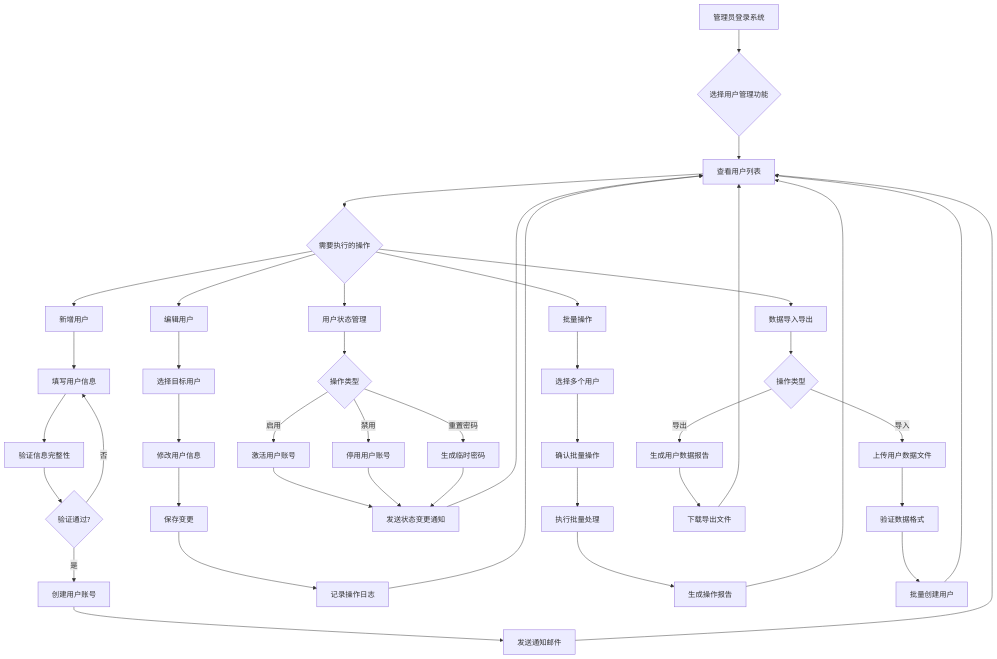
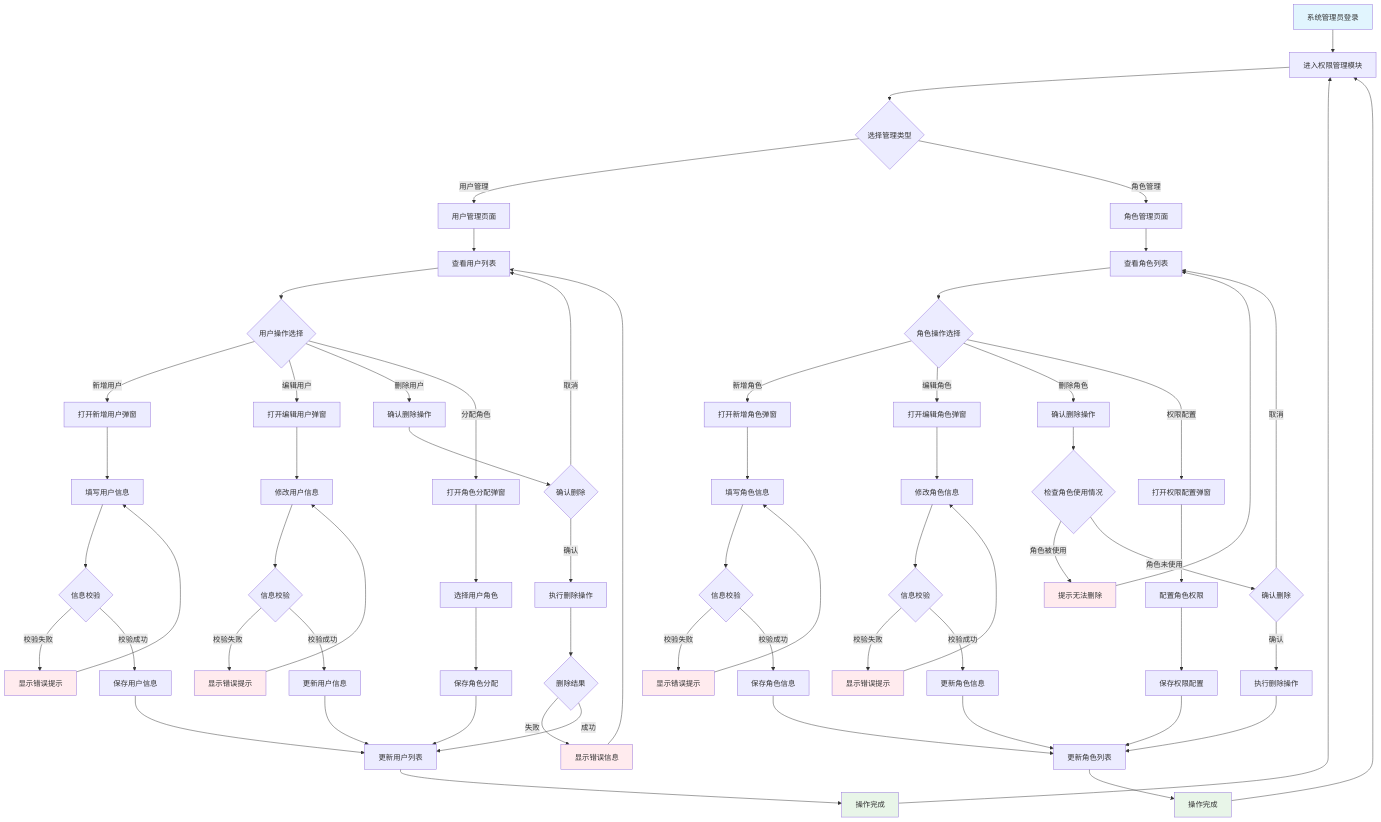
The diagram in 1_ProductDesign产品设计规范.md (tiantianmanmanzou/0_ProductDesignKit), drawn with Mermaid before and after one commit. The commit also changed other lines of this file and 1 other file, not shown here.

````diff
--- a/1_ProductDesign产品设计规范.md
+++ b/1_ProductDesign产品设计规范.md
@@ -528,49 +594,83 @@
 ```mermaid
 graph TD
-    A[管理员登录系统] --> B{选择用户管理功能}
-    B --> C[查看用户列表]
-    C --> D{需要执行的操作}
+    A[系统管理员登录] --> B[进入权限管理模块]
+    B --> C{选择管理类型}
   
-    D --> E[新增用户]
-    E --> E1[填写用户信息]
-    E1 --> E2[验证信息完整性]
-    E2 --> E3{验证通过?}
-    E3 -->|是| E4[创建用户账号]
-    E3 -->|否| E1
-    E4 --> E5[发送通知邮件]
-    E5 --> C
+    C -->|用户管理| D[用户管理页面]
+    C -->|角色管理| E[角色管理页面]
   
-    D --> F[编辑用户]
-    F --> F1[选择目标用户]
-    F1 --> F2[修改用户信息]
-    F2 --> F3[保存变更]
-    F3 --> F4[记录操作日志]
-    F4 --> C
+    D --> D1[查看用户列表]
+    D1 --> D2{用户操作选择}
+    D2 -->|新增用户| D3[打开新增用户弹窗]
+    D2 -->|编辑用户| D4[打开编辑用户弹窗]
+    D2 -->|删除用户| D5[确认删除操作]
+    D2 -->|分配角色| D6[打开角色分配弹窗]
   
-    D --> G[用户状态管理]
-    G --> G1{操作类型}
-    G1 -->|启用| G2[激活用户账号]
-    G1 -->|禁用| G3[停用用户账号]
-    G1 -->|重置密码| G4[生成临时密码]
-    G2 --> G5[发送状态变更通知]
-    G3 --> G5
-    G4 --> G5
-    G5 --> C
+    D3 --> D7[填写用户信息]
+    D7 --> D8{信息校验}
+    D8 -->|校验失败| D9[显示错误提示] --> D7
+    D8 -->|校验成功| D10[保存用户信息]
+    D10 --> D11[更新用户列表]
   
-    D --> H[批量操作]
-    H --> H1[选择多个用户]
-    H1 --> H2[确认批量操作]
-    H2 --> H3[执行批量处理]
-    H3 --> H4[生成操作报告]
-    H4 --> C
+    D4 --> D12[修改用户信息]
+    D12 --> D13{信息校验}
+    D13 -->|校验失败| D14[显示错误提示] --> D12
+    D13 -->|校验成功| D15[更新用户信息]
+    D15 --> D11
   
-    D --> I[数据导入导出]
-    I --> I1{操作类型}
-    I1 -->|导入| I2[上传用户数据文件]
-    I1 -->|导出| I3[生成用户数据报告]
-    I2 --> I4[验证数据格式]
-    I4 --> I5[批量创建用户]
-    I5 --> C
-    I3 --> I6[下载导出文件]
-    I6 --> C
+    D5 --> D16{确认删除}
+    D16 -->|取消| D1
+    D16 -->|确认| D17[执行删除操作]
+    D17 --> D18{删除结果}
+    D18 -->|失败| D19[显示错误信息] --> D1
+    D18 -->|成功| D11
+  
+    D6 --> D20[选择用户角色]
+    D20 --> D21[保存角色分配]
+    D21 --> D11
+  
+    E --> E1[查看角色列表]
+    E1 --> E2{角色操作选择}
+    E2 -->|新增角色| E3[打开新增角色弹窗]
+    E2 -->|编辑角色| E4[打开编辑角色弹窗]
+    E2 -->|删除角色| E5[确认删除操作]
+    E2 -->|权限配置| E6[打开权限配置弹窗]
+  
+    E3 --> E7[填写角色信息]
+    E7 --> E8{信息校验}
+    E8 -->|校验失败| E9[显示错误提示] --> E7
+    E8 -->|校验成功| E10[保存角色信息]
+    E10 --> E11[更新角色列表]
+  
+    E4 --> E12[修改角色信息]
+    E12 --> E13{信息校验}
+    E13 -->|校验失败| E14[显示错误提示] --> E12
+    E13 -->|校验成功| E15[更新角色信息]
+    E15 --> E11
+  
+    E5 --> E16{检查角色使用情况}
+    E16 -->|角色被使用| E17[提示无法删除] --> E1
+    E16 -->|角色未使用| E18{确认删除}
+    E18 -->|取消| E1
+    E18 -->|确认| E19[执行删除操作]
+    E19 --> E11
+  
+    E6 --> E20[配置角色权限]
+    E20 --> E21[保存权限配置]
+    E21 --> E11
+  
+    D11 --> D22[操作完成]
+    E11 --> E23[操作完成]
+    D22 --> B
+    E23 --> B
+
+    style A fill:#e1f5fe
+    style D22 fill:#e8f5e8
+    style E23 fill:#e8f5e8
+    style D9 fill:#ffebee
+    style D14 fill:#ffebee
+    style D19 fill:#ffebee
+    style E9 fill:#ffebee
+    style E14 fill:#ffebee
+    style E17 fill:#ffebee
 ```
````
